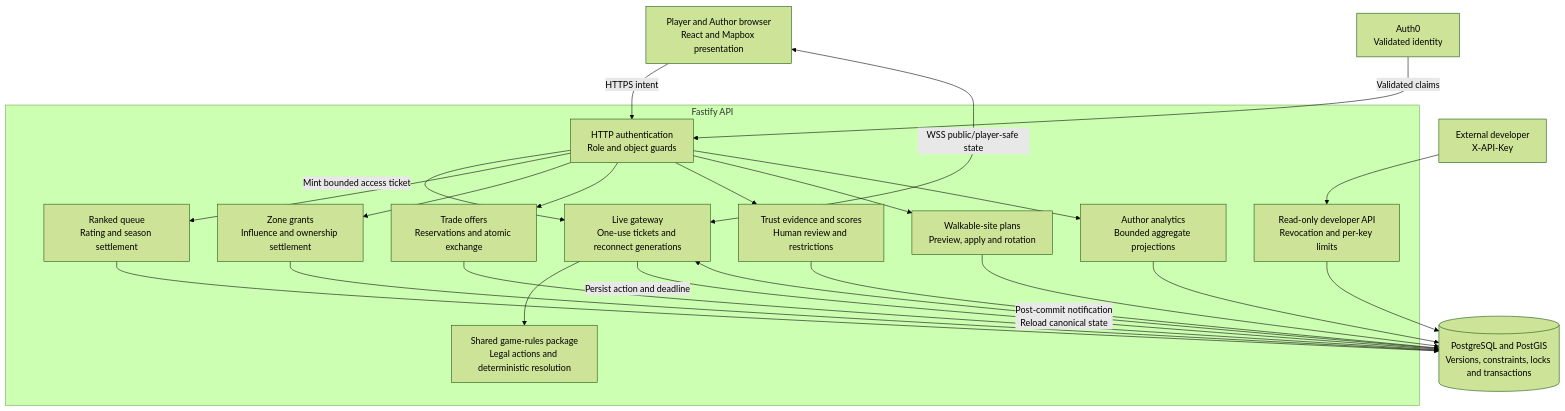
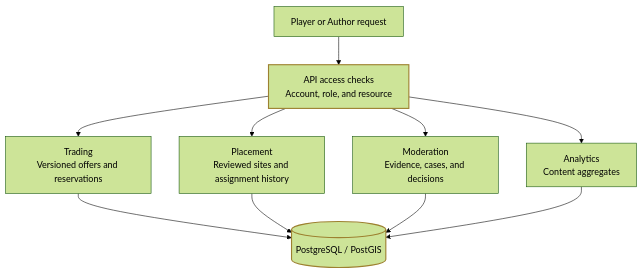
One commit to Gradient-Ascenders/Wits-World changed the second of 2 diagrams in docs/architecture/diagrams/advanced-systems.md. Above: the diagram before and after it, drawn with Mermaid (forest theme). The commit also changed other lines of this file and 28 other files, not shown here.

First line of the commit message:
[docs] refresh setup and architecture guides and diagrams

````diff
--- a/docs/architecture/diagrams/advanced-systems.md
+++ b/docs/architecture/diagrams/advanced-systems.md
@@ -14,31 +57,20 @@
 ```mermaid
 flowchart TB
-    accTitle: Advanced Wits World services and authority
-    accDescr: Players and Authors use HTTPS and authenticated live WebSockets. Fastify validates intent, uses the shared battle engine, and commits authoritative data in PostgreSQL. Notifications deliver committed state. External developers have a separate read-only API-key boundary.
-    Web["Player and Author browser<br/>React and Mapbox presentation"]
-    Auth["Auth0<br/>Validated identity"]
-    Dev["External developer<br/>X-API-Key"]
-    subgraph API["Fastify API"]
-        HTTP["HTTP authentication<br/>Role and object guards"]
-        Live["Live gateway<br/>One-use tickets and reconnect generations"]
-        Ranked["Ranked queue<br/>Rating and season settlement"]
-        Territory["Zone grants<br/>Influence and ownership settlement"]
-        Trade["Trade offers<br/>Reservations and atomic exchange"]
-        Trust["Trust evidence and scores<br/>Human review and restrictions"]
-        Placement["Walkable-site plans<br/>Preview, apply and rotation"]
-        Analytics["Author analytics<br/>Bounded aggregate projections"]
-        Public["Read-only developer API<br/>Revocation and per-key limits"]
-        Engine["Shared game-rules package<br/>Legal actions and deterministic resolution"]
-    end
-    DB[("PostgreSQL and PostGIS<br/>Versions, constraints, locks and transactions")]
-    Web -->|"HTTPS intent"| HTTP
-    Web <-->|"WSS public/player-safe state"| Live
-    Auth -->|"Validated claims"| HTTP
-    HTTP -->|"Mint bounded access ticket"| Live
-    HTTP --> Ranked & Territory & Trade & Trust & Placement & Analytics
-    Live --> Engine
-    Live -->|"Persist action and deadline"| DB
-    DB -->|"Post-commit notification<br/>Reload canonical state"| Live
-    Ranked & Territory & Trade & Trust & Placement & Analytics --> DB
-    Dev --> Public --> DB
+    accTitle: Trading and Author tools share the API and database
+    accDescr: Player and Author requests pass account, role, ownership, and resource checks before reaching trading, placement, trust review, or analytics services. Each uses PostgreSQL, and placement uses PostGIS. Reads return selected views; writes use transactions.
+
+    Request["Player or Author request"]
+    Guard["API access checks<br/>Account, role, and resource"]
+    Trade["Trading<br/>Versioned offers and reservations"]
+    Placement["Placement<br/>Reviewed sites and assignment history"]
+    Trust["Moderation<br/>Evidence, cases, and decisions"]
+    Analytics["Analytics<br/>Content aggregates"]
+    DB[("PostgreSQL / PostGIS")]
+
+    Request --> Guard
+    Guard --> Trade & Placement & Trust & Analytics
+    Trade & Placement & Trust & Analytics --> DB
+
+    classDef authority stroke:#9d8130,stroke-width:2px;
+    class Guard,DB authority;
 ```
````
